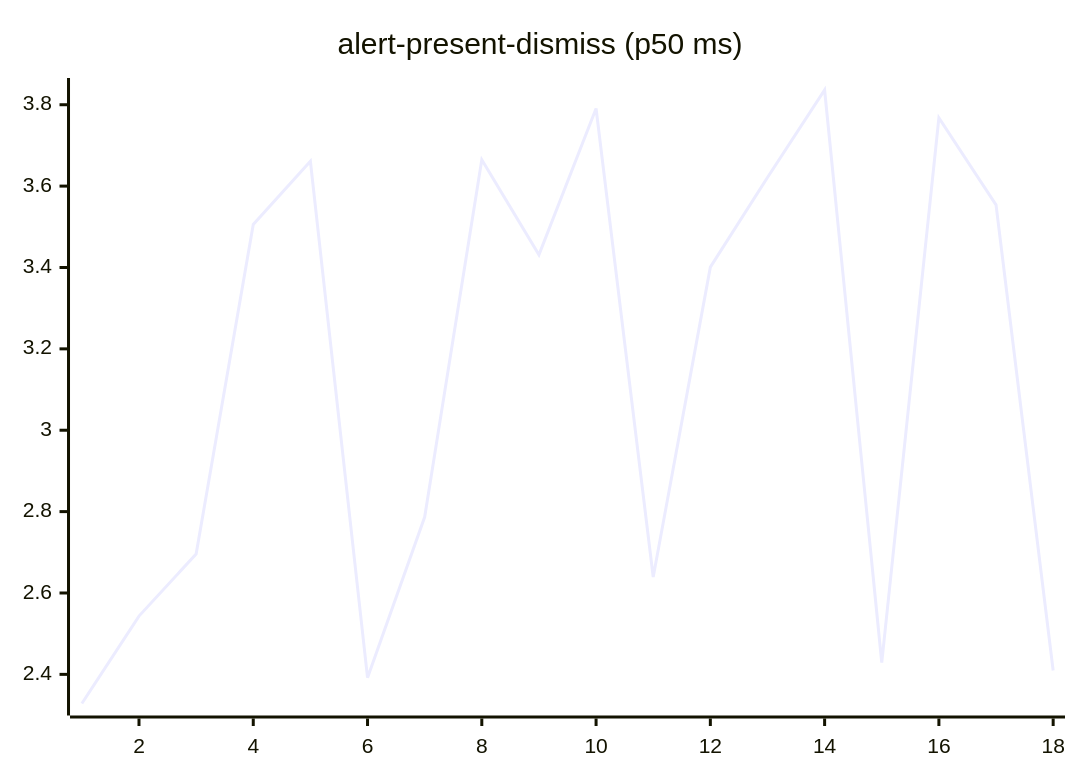
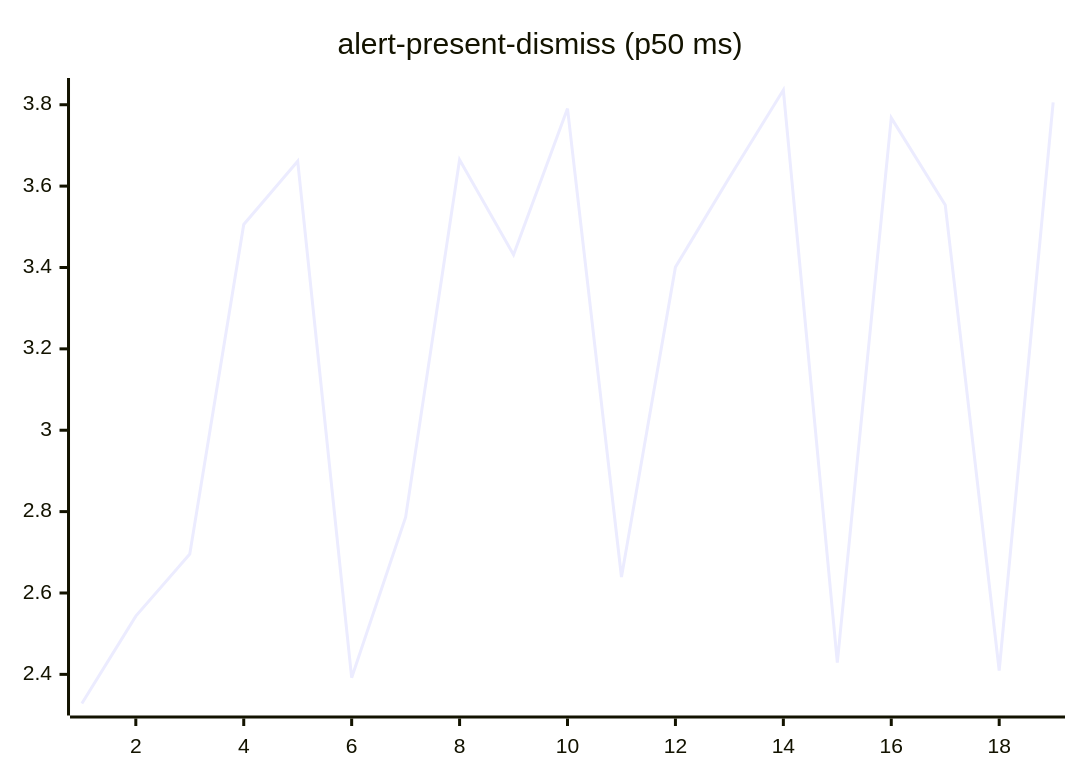
The second of 27 diagrams in README.md (josha/Facet), drawn with Mermaid before and after one commit. The commit also changed other lines of this file and 2 other files, not shown here.

````diff
--- a/README.md
+++ b/README.md
@@ -70,6 +70,6 @@
 ```mermaid
 xychart-beta
     title "alert-present-dismiss (p50 ms)"
-    x-axis 1 --> 18
-    line [2.3284, 2.5432, 2.6957, 3.5058, 3.6611, 2.3918, 2.7865, 3.6648, 3.4312, 3.7906, 2.6392, 3.4008, 3.6212, 3.8362, 2.4288, 3.7676, 3.5538, 2.4095]
+    x-axis 1 --> 19
+    line [2.3284, 2.5432, 2.6957, 3.5058, 3.6611, 2.3918, 2.7865, 3.6648, 3.4312, 3.7906, 2.6392, 3.4008, 3.6212, 3.8362, 2.4288, 3.7676, 3.5538, 2.4095, 3.8060]
 ```
````
